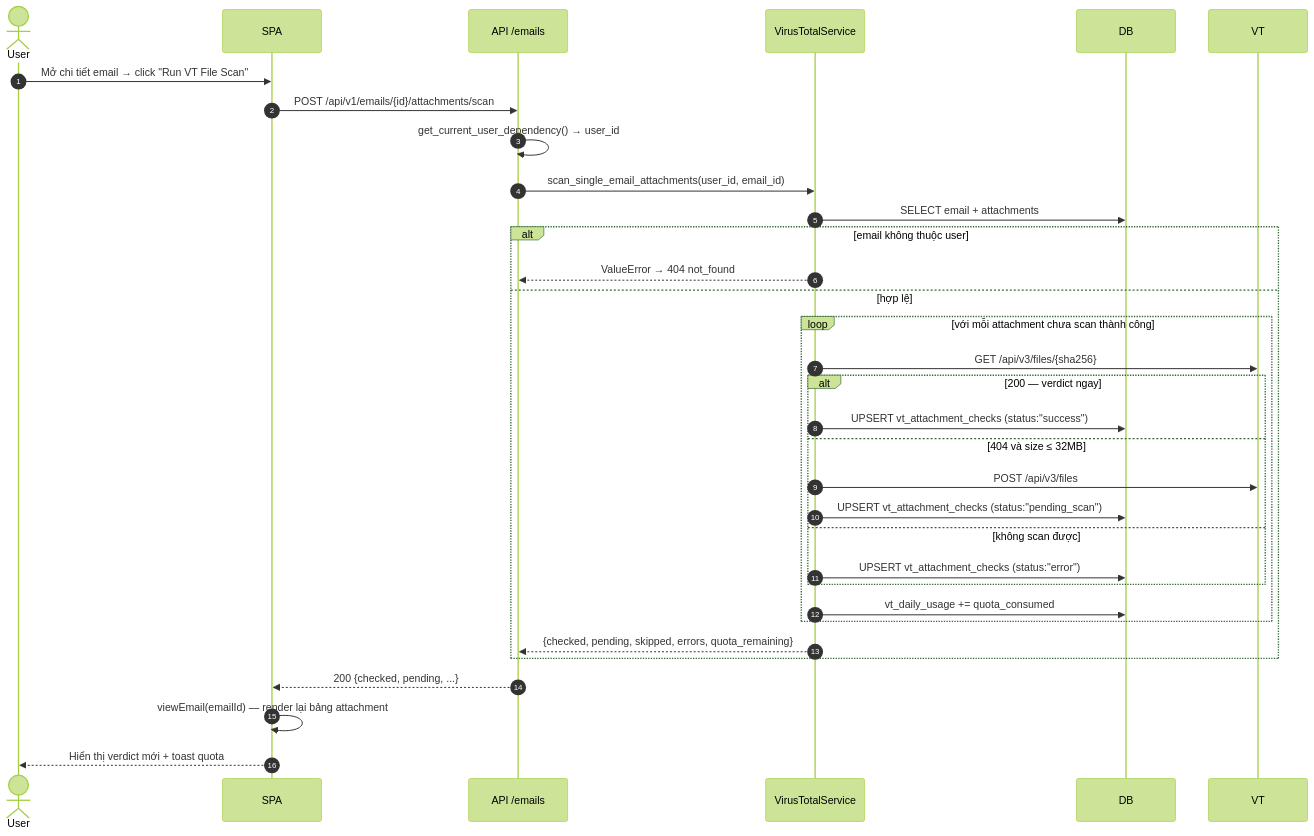
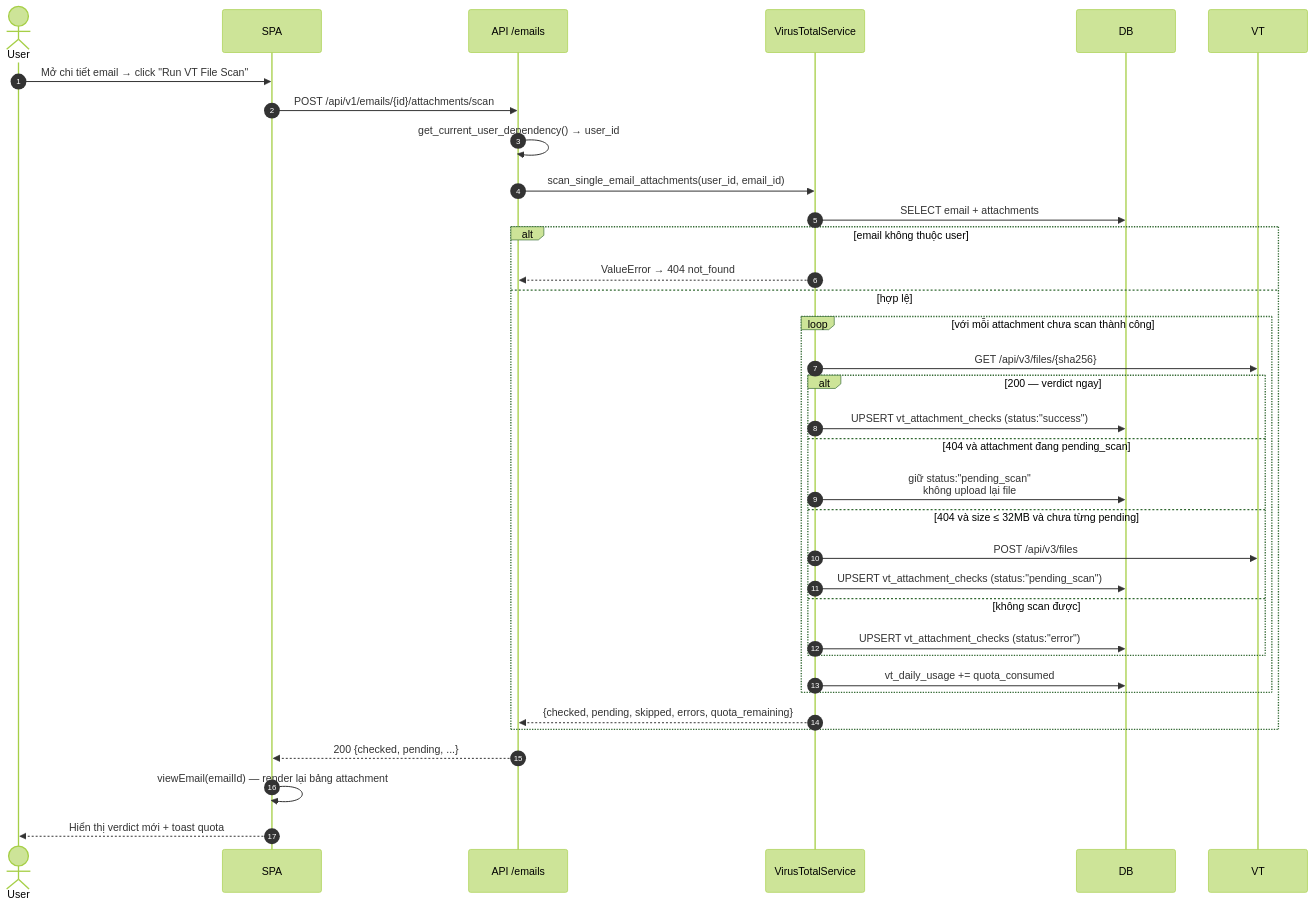
Before and after one commit to jackorofrobert/Final_Project_FPTU: diagram 16 of 17 in docs/SEQUENCE_DIAGRAMS.md, drawn with Mermaid (forest theme). The commit also changed other lines of this file and 2 other files, not shown here.

Commit message:
docs: add documentation for attachment reloading, status refreshing, and VT result integration

````diff
--- a/docs/SEQUENCE_DIAGRAMS.md
+++ b/docs/SEQUENCE_DIAGRAMS.md
@@ -632,36 +654,38 @@
 ```mermaid
 sequenceDiagram
     autonumber
     actor User
     participant SPA
     participant API as API /emails
     participant Svc as VirusTotalService
     participant DB
     participant VT
 
     User->>SPA: Mở chi tiết email → click "Run VT File Scan"
     SPA->>API: POST /api/v1/emails/{id}/attachments/scan
     API->>API: get_current_user_dependency() → user_id
     API->>Svc: scan_single_email_attachments(user_id, email_id)
     Svc->>DB: SELECT email + attachments
     alt email không thuộc user
         Svc-->>API: ValueError → 404 not_found
     else hợp lệ
         loop với mỗi attachment chưa scan thành công
             Svc->>VT: GET /api/v3/files/{sha256}
             alt 200 — verdict ngay
                 Svc->>DB: UPSERT vt_attachment_checks (status:"success")
-            else 404 và size ≤ 32MB
+            else 404 và attachment đang pending_scan
+                Svc->>DB: giữ status:"pending_scan"<br/>không upload lại file
+            else 404 và size ≤ 32MB và chưa từng pending
                 Svc->>VT: POST /api/v3/files
                 Svc->>DB: UPSERT vt_attachment_checks (status:"pending_scan")
             else không scan được
                 Svc->>DB: UPSERT vt_attachment_checks (status:"error")
             end
             Svc->>DB: vt_daily_usage += quota_consumed
         end
         Svc-->>API: {checked, pending, skipped, errors, quota_remaining}
     end
     API-->>SPA: 200 {checked, pending, ...}
     SPA->>SPA: viewEmail(emailId) — render lại bảng attachment
     SPA-->>User: Hiển thị verdict mới + toast quota
 ```
````
